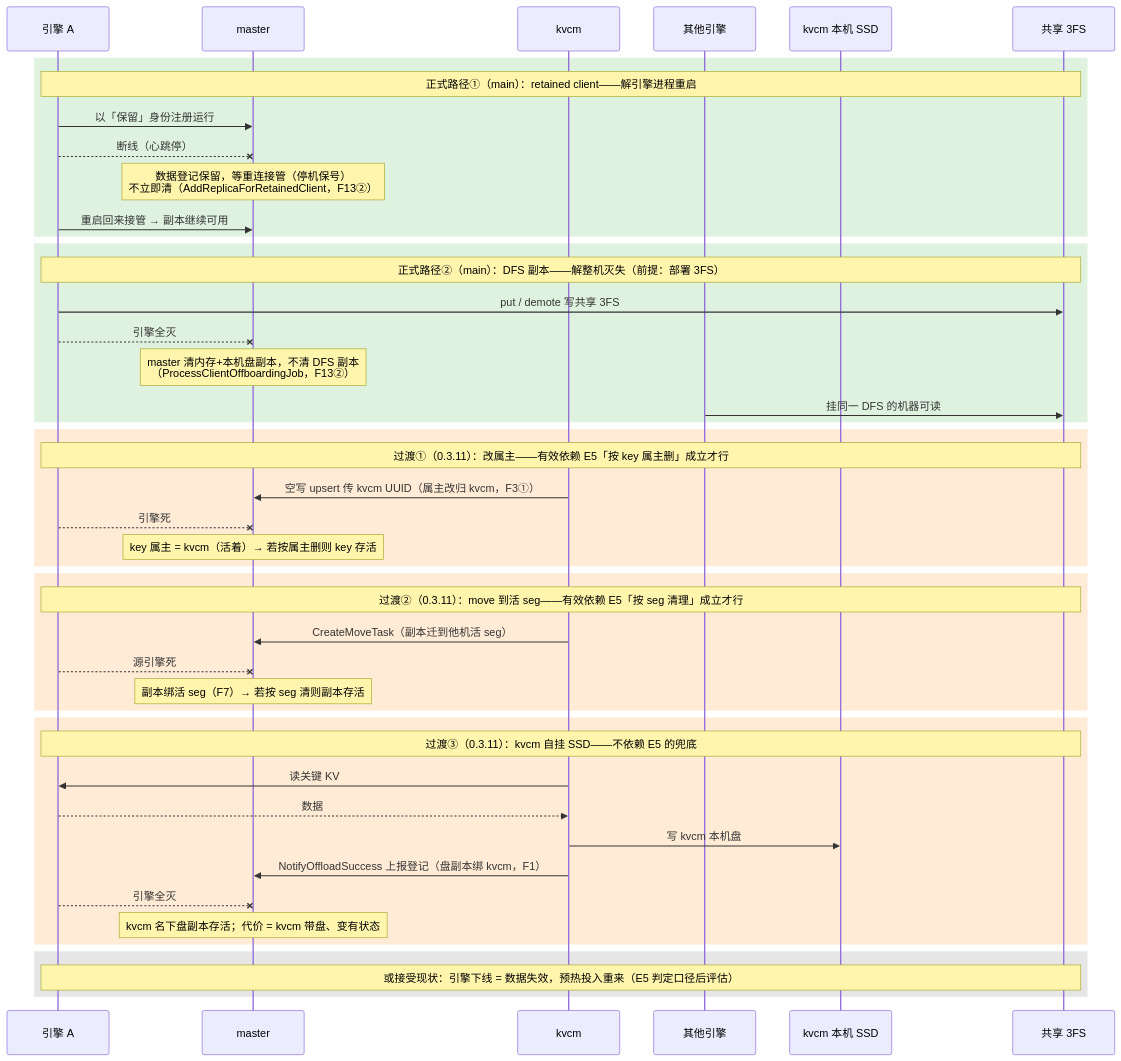
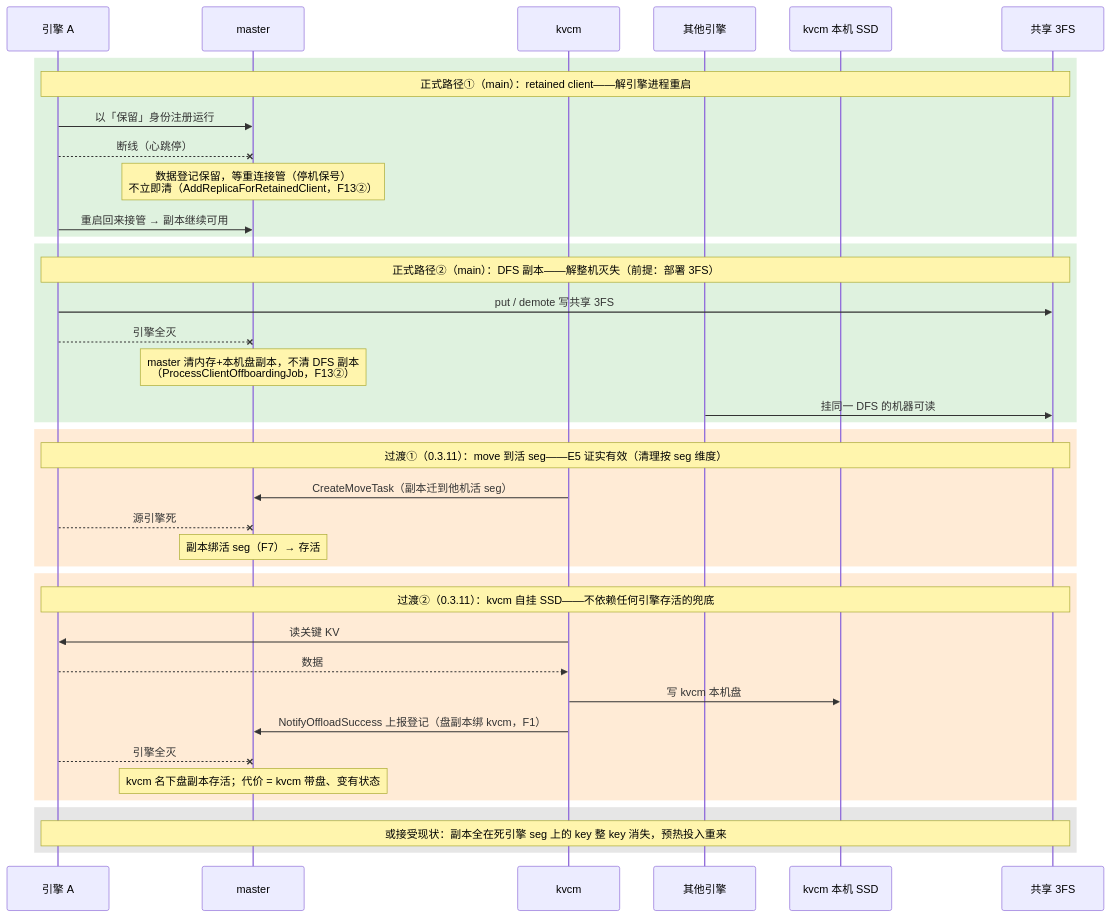
One commit to 5x8-40/lake changed the eighth of 10 diagrams in kvcm/D2-kv-operations.md. Above: the diagram before and after it, drawn with Mermaid. The commit also changed other lines of this file and 6 other files, not shown here.

First line of the commit message:
docs(kvcm): 归属术语澄清 + 归属关系全图，BatchReplicaClear 语义补全 (#62)

````diff
--- a/kvcm/D2-kv-operations.md
+++ b/kvcm/D2-kv-operations.md
@@ -585,53 +685,46 @@
 ```mermaid
 sequenceDiagram
     participant E as 引擎 A
     participant M as master
     participant K as kvcm
     participant B as 其他引擎
     participant KS as kvcm 本机 SSD
     participant DFS as 共享 3FS
 
     rect rgb(223, 242, 223)
     Note over E,DFS: 正式路径①（main）：retained client——解引擎进程重启
     E->>M: 以「保留」身份注册运行
     E--xM: 断线（心跳停）
     Note over M: 数据登记保留，等重连接管（停机保号）<br/>不立即清（AddReplicaForRetainedClient，F13②）
     E->>M: 重启回来接管 → 副本继续可用
     end
 
     rect rgb(223, 242, 223)
     Note over E,DFS: 正式路径②（main）：DFS 副本——解整机灭失（前提：部署 3FS）
     E->>DFS: put / demote 写共享 3FS
     E--xM: 引擎全灭
     Note over M: master 清内存+本机盘副本，不清 DFS 副本<br/>（ProcessClientOffboardingJob，F13②）
     B->>DFS: 挂同一 DFS 的机器可读
     end
 
     rect rgb(255, 235, 214)
-    Note over E,DFS: 过渡①（0.3.11）：改属主——有效依赖 E5「按 key 属主删」成立才行
-    K->>M: 空写 upsert 传 kvcm UUID（属主改归 kvcm，F3①）
-    E--xM: 引擎死
-    Note over M: key 属主 = kvcm（活着）→ 若按属主删则 key 存活
+    Note over E,DFS: 过渡①（0.3.11）：move 到活 seg——E5 证实有效（清理按 seg 维度）
+    K->>M: CreateMoveTask（副本迁到他机活 seg）
+    E--xM: 源引擎死
+    Note over M: 副本绑活 seg（F7）→ 存活
     end
 
     rect rgb(255, 235, 214)
-    Note over E,DFS: 过渡②（0.3.11）：move 到活 seg——有效依赖 E5「按 seg 清理」成立才行
-    K->>M: CreateMoveTask（副本迁到他机活 seg）
-    E--xM: 源引擎死
-    Note over M: 副本绑活 seg（F7）→ 若按 seg 清则副本存活
-    end
-
-    rect rgb(255, 235, 214)
-    Note over E,DFS: 过渡③（0.3.11）：kvcm 自挂 SSD——不依赖 E5 的兜底
+    Note over E,DFS: 过渡②（0.3.11）：kvcm 自挂 SSD——不依赖任何引擎存活的兜底
     K->>E: 读关键 KV
     E-->>K: 数据
     K->>KS: 写 kvcm 本机盘
     K->>M: NotifyOffloadSuccess 上报登记（盘副本绑 kvcm，F1）
     E--xM: 引擎全灭
     Note over M: kvcm 名下盘副本存活；代价 = kvcm 带盘、变有状态
     end
 
     rect rgb(230, 230, 230)
-    Note over E,DFS: 或接受现状：引擎下线 = 数据失效，预热投入重来（E5 判定口径后评估）
+    Note over E,DFS: 或接受现状：副本全在死引擎 seg 上的 key 整 key 消失，预热投入重来
     end
 ```
````
